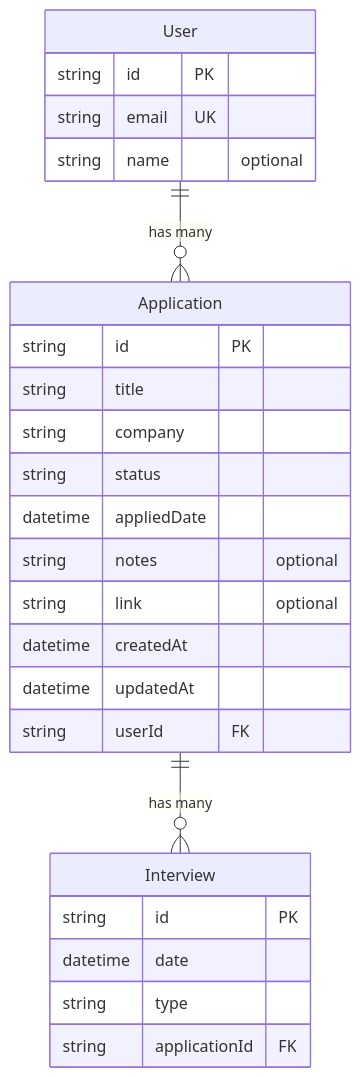
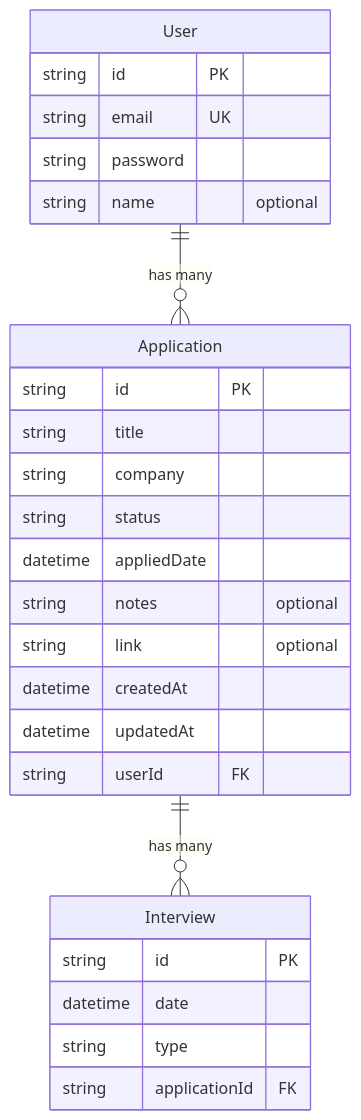
One commit to BatoolHani1/jobtrack changed the diagram in README.md. Above: the diagram before and after it, drawn with Mermaid. The commit also changed other lines of this file and 2 other files, not shown here.

````diff
--- a/README.md
+++ b/README.md
@@ -108,29 +164,30 @@
 ```mermaid
 erDiagram
     User ||--o{ Application : "has many"
     Application ||--o{ Interview : "has many"
 
     User {
         string id PK
         string email UK
+        string password
         string name "optional"
     }
     Application {
         string id PK
         string title
         string company
         string status
         datetime appliedDate
         string notes "optional"
         string link "optional"
         datetime createdAt
         datetime updatedAt
         string userId FK
     }
     Interview {
         string id PK
         datetime date
         string type
         string applicationId FK
     }
 ```
````
